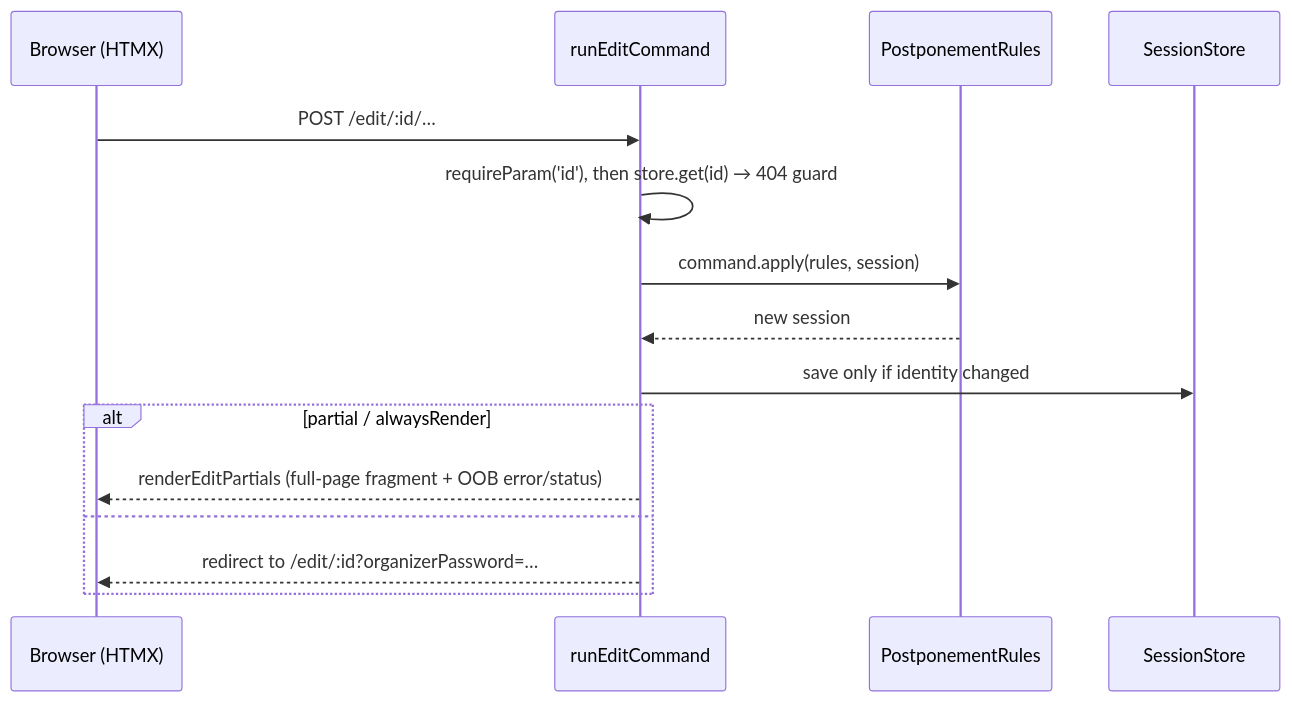
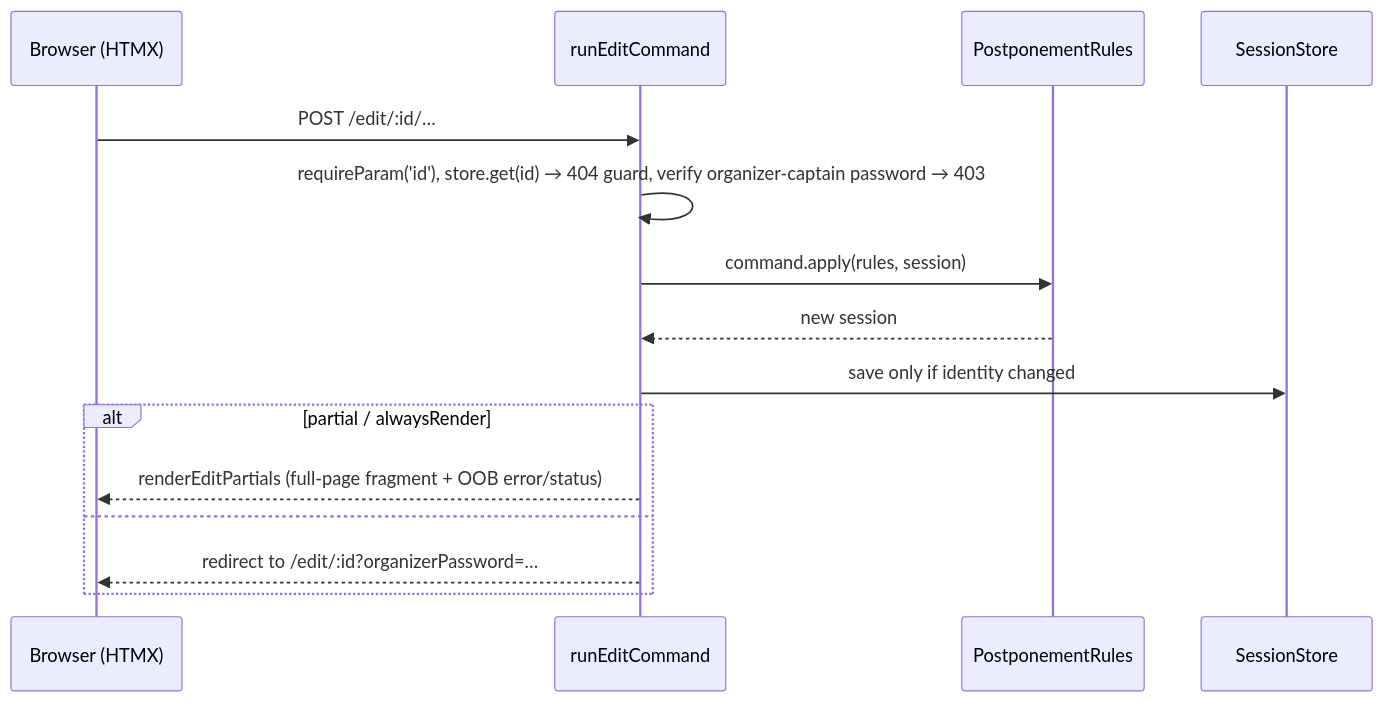
Before and after one commit to HonoluluHenk/postpony: the second of 4 diagrams in docs/arc42/06-runtime-view.md, drawn with Mermaid. The commit also changed other lines of this file and 9 other files, not shown here.

````diff
--- a/docs/arc42/06-runtime-view.md
+++ b/docs/arc42/06-runtime-view.md
@@ -30,17 +30,17 @@
 ```mermaid
 sequenceDiagram
     participant B as Browser (HTMX)
     participant H as runEditCommand
     participant R as PostponementRules
     participant DB as SessionStore
     B ->> H: POST /edit/:id/…
-    H ->> H: requireParam('id'), then store.get(id) → 404 guard
+    H ->> H: requireParam('id'), store.get(id) → 404 guard, verify organizer-captain password → 403
     H ->> R: command.apply(rules, session)
     R -->> H: new session
     H ->> DB: save only if identity changed
     alt partial / alwaysRender
         H -->> B: renderEditPartials (full-page fragment + OOB error/status)
     else
         H -->> B: redirect to /edit/:id?organizerPassword=…
     end
 ```
````
